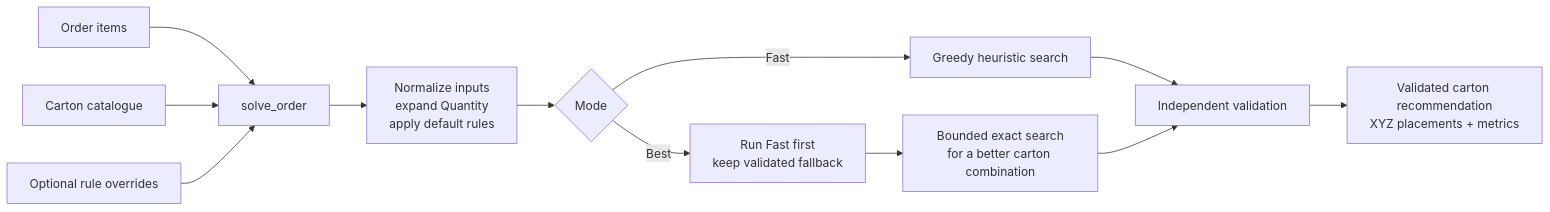
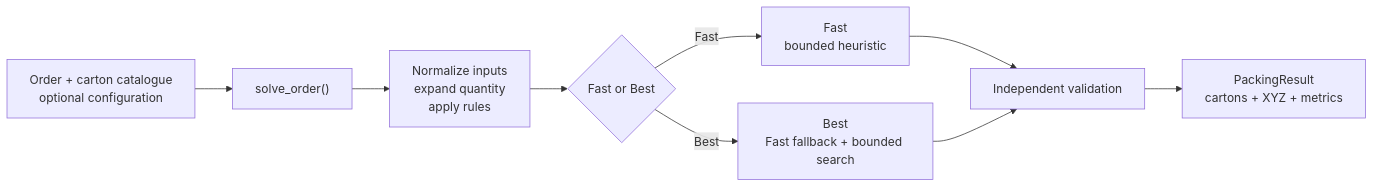
The diagram in README.md (Voycepeh/ihubsolutions-capstone-project), drawn with Mermaid before and after one commit. The commit also changed other lines of this file, not shown here.

Commit message:
docs: simplify README around public solver API

````diff
--- a/README.md
+++ b/README.md
@@ -61,19 +219,13 @@
 ```mermaid
 flowchart LR
-    A[Order items] --> C[solve_order]
-    B[Carton catalogue] --> C
-    R[Optional rule overrides] --> C
+    I["Order + carton catalogue<br/>optional configuration"] --> API["solve_order()"]
+    API --> N["Normalize inputs<br/>expand quantity<br/>apply rules"]
+    N --> M{"Fast or Best"}
 
-    C --> N[Normalize inputs<br/>expand Quantity<br/>apply default rules]
-    N --> S{Mode}
+    M -->|Fast| F["Fast<br/>bounded heuristic"]
+    M -->|Best| B["Best<br/>Fast fallback + bounded search"]
 
-    S -->|Fast| F[Greedy heuristic search]
-    S -->|Best| G[Run Fast first<br/>keep validated fallback]
-
-    G --> E[Bounded exact search<br/>for a better carton combination]
-
-    F --> V[Independent validation]
-    E --> V
-
-    V --> O[Validated carton recommendation<br/>XYZ placements + metrics]
+    F --> V["Independent validation"]
+    B --> V
+    V --> R["PackingResult<br/>cartons + XYZ + metrics"]
 ```
````
